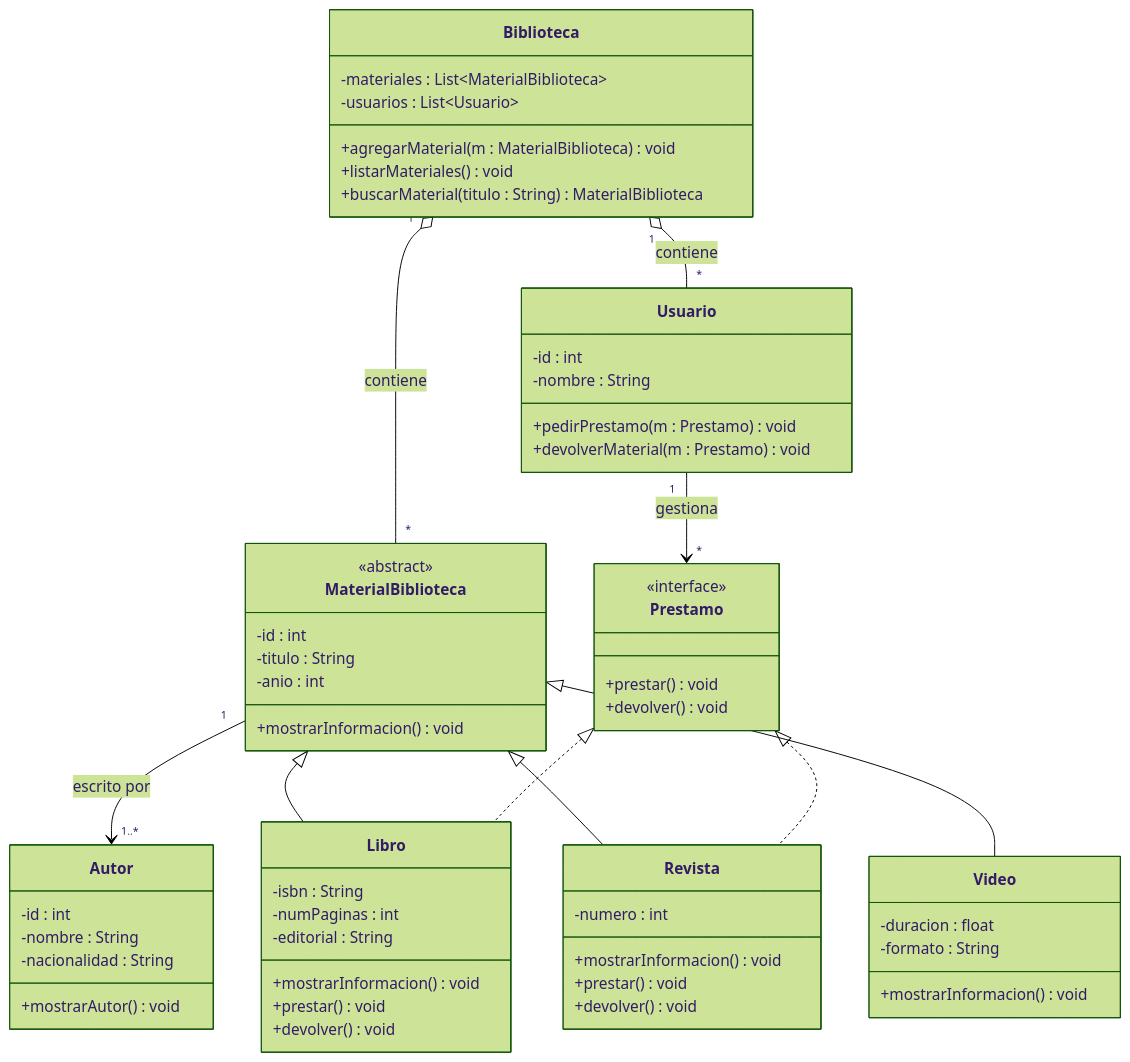
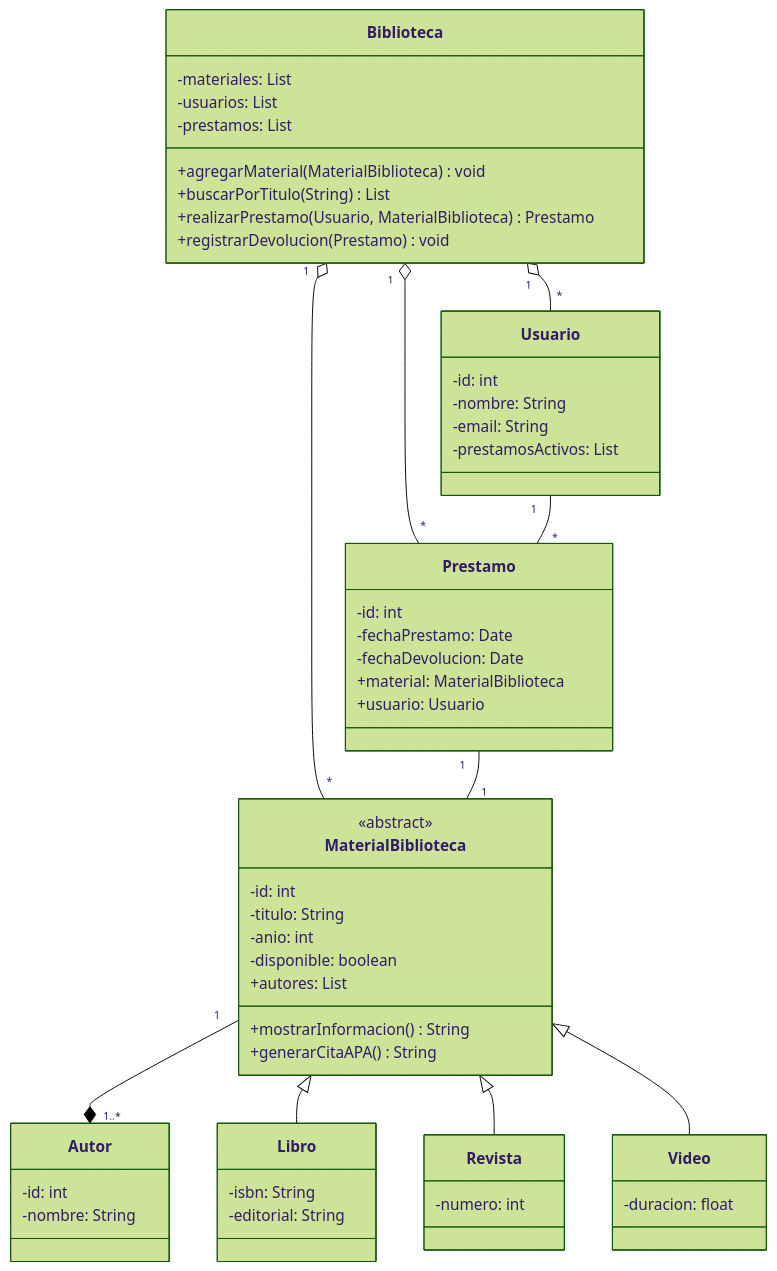
Before and after one commit to jangelmm/BibliotecaDigital: the diagram in docs/Scrum.md, drawn with Mermaid (forest theme).

Commit message:
Actualizacion al diagrama de clases

````diff
--- a/docs/Scrum.md
+++ b/docs/Scrum.md
@@ -40,81 +40,68 @@
 ```mermaid
 classDiagram
     direction TB
 
-    %% Clase abstracta Material
     class MaterialBiblioteca {
         <<abstract>>
-        -id : int
-        -titulo : String
-        -anio : int
-        +mostrarInformacion() void
+        -id: int
+        -titulo: String
+        -anio: int
+        -disponible: boolean
+        +autores: List<Autor>
+        +mostrarInformacion() String
+        +generarCitaAPA() String
     }
 
-    %% Clase Libro
     class Libro {
-        -isbn : String
-        -numPaginas : int
-        -editorial : String
-        +mostrarInformacion() void
-        +prestar() void
-        +devolver() void
+        -isbn: String
+        -editorial: String
     }
 
-    %% Clase Revista
     class Revista {
-        -numero : int
-        +mostrarInformacion() void
-        +prestar() void
-        +devolver() void
+        -numero: int
     }
 
-    %% Clase Video
     class Video {
-        -duracion : float
-        -formato : String
-        +mostrarInformacion() void
+        -duracion: float
     }
 
-    %% Interfaz Prestamo
-    class Prestamo {
-        <<interface>>
-        +prestar() void
-        +devolver() void
+    class Autor {
+        -id: int
+        -nombre: String
     }
 
-    %% Clase Autor
-    class Autor {
-        -id : int
-        -nombre : String
-        -nacionalidad : String
-        +mostrarAutor() void
+    class Usuario {
+        -id: int
+        -nombre: String
+        -email: String
+        -prestamosActivos: List<Prestamo>
     }
 
-    %% Clase Biblioteca
-    class Biblioteca {
-        -materiales : List~MaterialBiblioteca~
-        -usuarios : List~Usuario~
-        +agregarMaterial(m : MaterialBiblioteca) void
-        +listarMateriales() void
-        +buscarMaterial(titulo : String) MaterialBiblioteca
+    class Prestamo {
+        -id: int
+        -fechaPrestamo: Date
+        -fechaDevolucion: Date
+        +material: MaterialBiblioteca
+        +usuario: Usuario
     }
 
-    %% Clase Usuario
-    class Usuario {
-        -id : int
-        -nombre : String
-        +pedirPrestamo(m : Prestamo) void
-        +devolverMaterial(m : Prestamo) void
+    class Biblioteca {
+        -materiales: List<MaterialBiblioteca>
+        -usuarios: List<Usuario>
+        -prestamos: List<Prestamo>
+        +agregarMaterial(MaterialBiblioteca) void
+        +buscarPorTitulo(String) List<MaterialBiblioteca>
+        +realizarPrestamo(Usuario, MaterialBiblioteca) Prestamo
+        +registrarDevolucion(Prestamo) void
     }
 
-    %% Relaciones
-    Usuario "1" --> "*" Prestamo : gestiona
-    Biblioteca "1" o-- "*" MaterialBiblioteca : contiene
-    Biblioteca "1" o-- "*" Usuario : contiene
-    MaterialBiblioteca "1" --> "1..*" Autor : escrito por
+    MaterialBiblioteca "1" --* "1..*" Autor
     MaterialBiblioteca <|-- Libro
     MaterialBiblioteca <|-- Revista
     MaterialBiblioteca <|-- Video
-    Prestamo <|.. Libro
-    Prestamo <|.. Revista
+    Biblioteca "1" o-- "*" MaterialBiblioteca
+    Biblioteca "1" o-- "*" Usuario
+    Biblioteca "1" o-- "*" Prestamo
+    Usuario "1" -- "*" Prestamo
+    Prestamo "1" -- "1" MaterialBiblioteca
 ```
````
